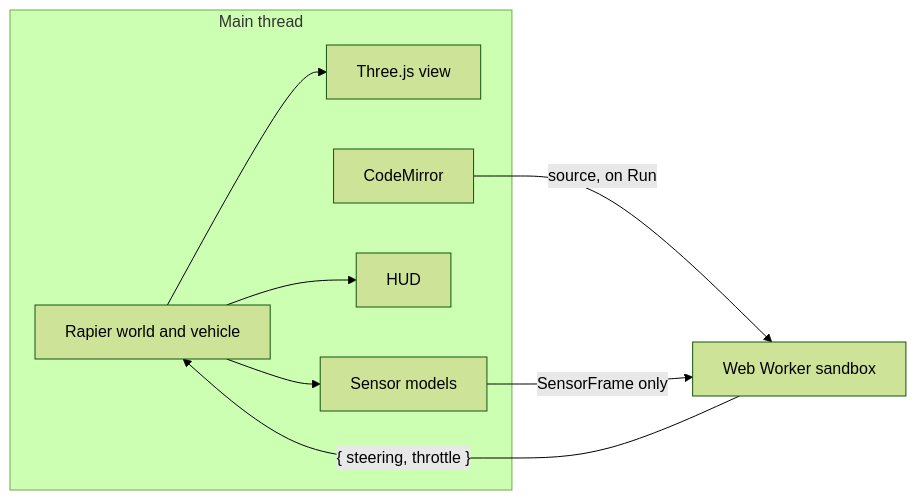
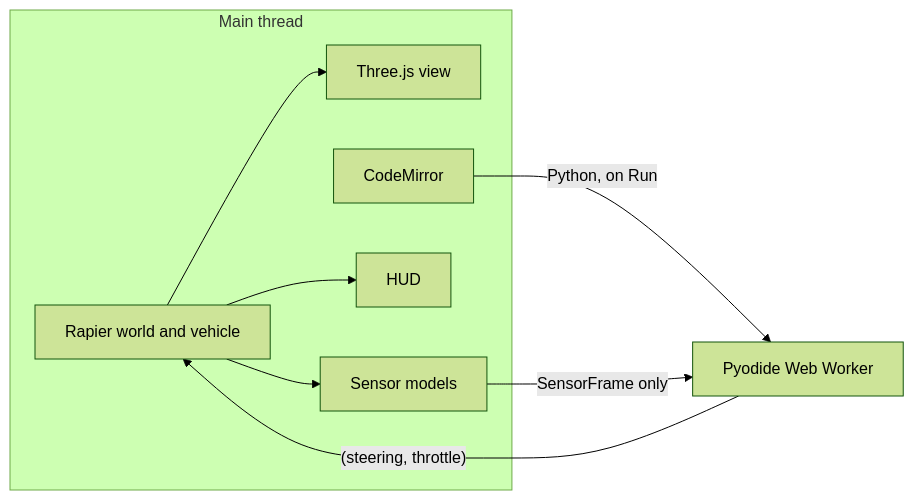
Before and after one commit to Girish-Krishnan/robo-sim-lab: the diagram in README.md, drawn with Mermaid (forest theme). The commit also changed other lines of this file and 23 other files, not shown here.

First line of the commit message:
Fix driving, seating, and the code sandbox, and run student code in Python.

````diff
--- a/README.md
+++ b/README.md
@@ -26,17 +26,17 @@
 ```mermaid
 flowchart LR
   subgraph main [Main thread]
     View[Three.js view]
     Physics[Rapier world and vehicle]
     Sensors[Sensor models]
     Hud[HUD]
     Editor[CodeMirror]
   end
-  Worker[Web Worker sandbox]
-  Editor -->|source, on Run| Worker
+  Worker[Pyodide Web Worker]
+  Editor -->|Python, on Run| Worker
   Physics --> Sensors
   Sensors -->|"SensorFrame only"| Worker
-  Worker -->|"{ steering, throttle }"| Physics
+  Worker -->|"(steering, throttle)"| Physics
   Physics --> View
   Physics --> Hud
 ```
````
